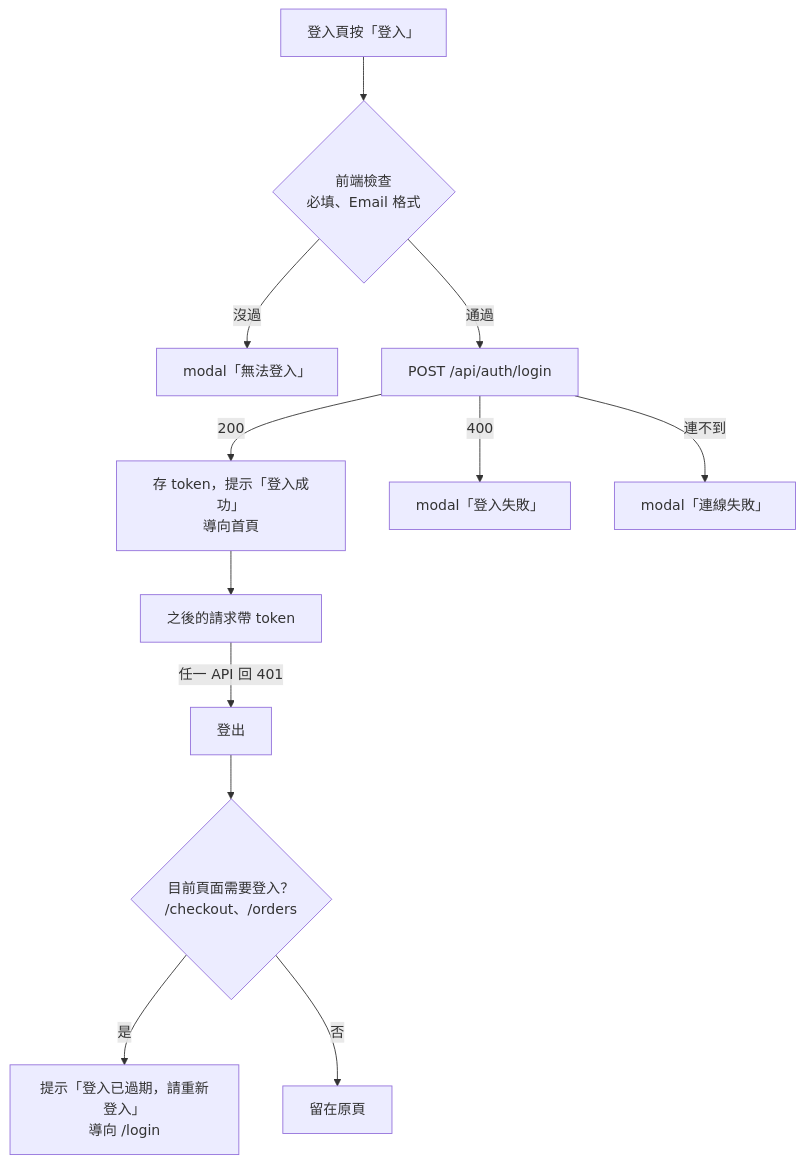
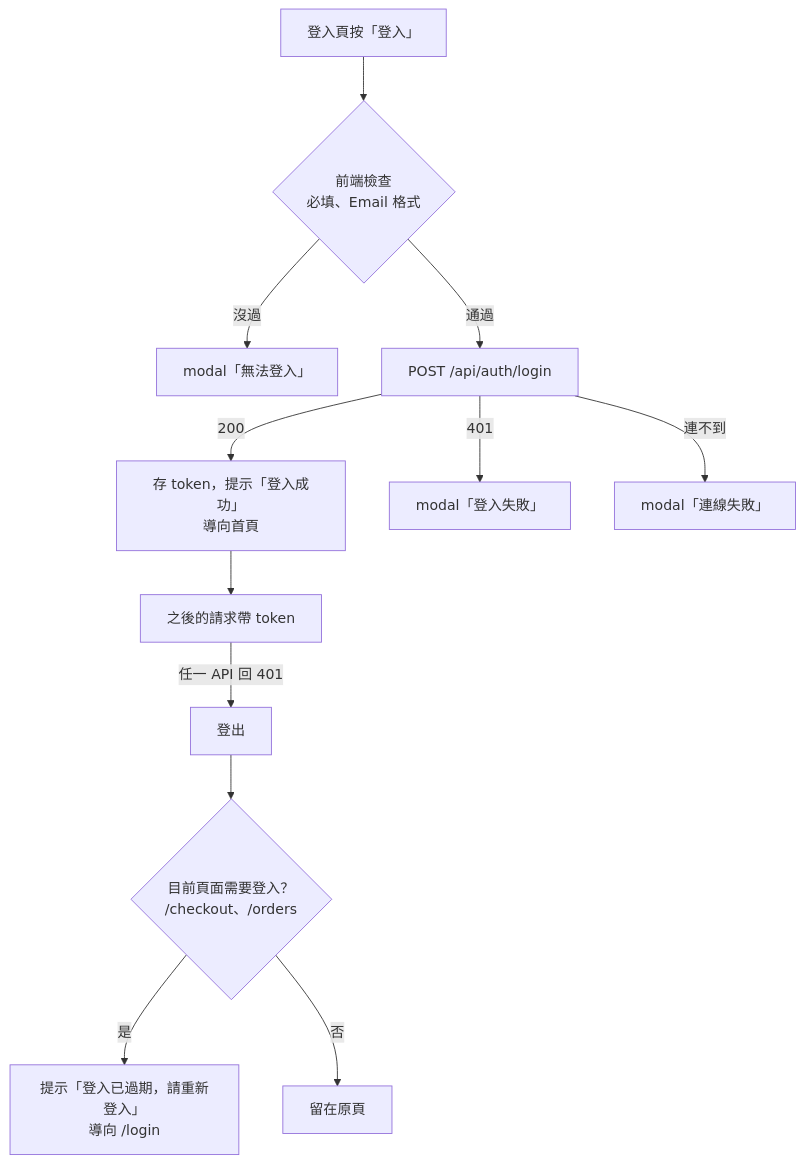
The diagram in docs/modules/Auth.md (Jen-Chieh-Yu/konbini), drawn with Mermaid before and after one commit. The commit also changed other lines of this file and 31 other files, not shown here.

````diff
--- a/docs/modules/Auth.md
+++ b/docs/modules/Auth.md
@@ -24,14 +24,14 @@
 ```mermaid
 flowchart TD
   L["登入頁按「登入」"] --> V{"前端檢查<br>必填、Email 格式"}
   V -- 沒過 --> M1["modal「無法登入」"]
   V -- 通過 --> API["POST /api/auth/login"]
   API -- 200 --> OK["存 token，提示「登入成功」<br>導向首頁"]
-  API -- 400 --> M2["modal「登入失敗」"]
+  API -- 401 --> M2["modal「登入失敗」"]
   API -- 連不到 --> M3["modal「連線失敗」"]
   OK --> U["之後的請求帶 token"]
   U -- "任一 API 回 401" --> O["登出"]
   O --> Q{"目前頁面需要登入？<br>/checkout、/orders"}
   Q -- 是 --> R["提示「登入已過期，請重新登入」<br>導向 /login"]
   Q -- 否 --> S["留在原頁"]
 ```
````
